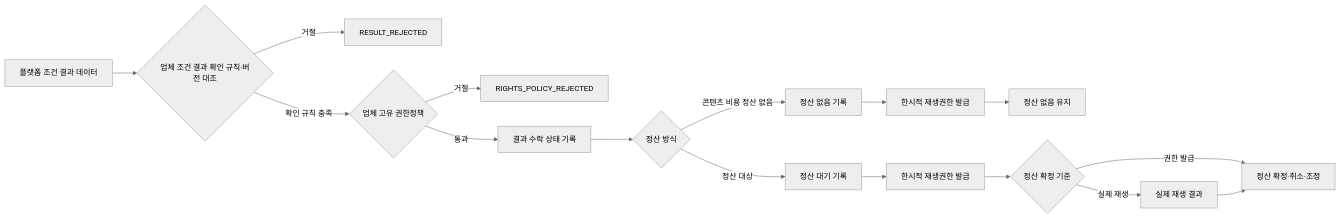
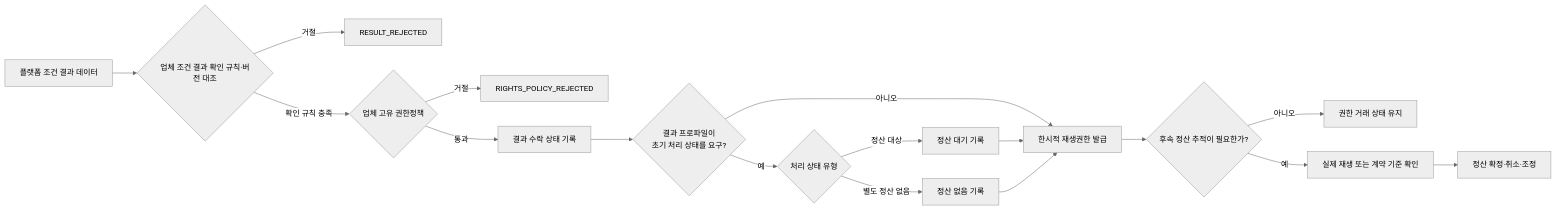
One commit to growdai1y/instant-play changed the seventh of 14 diagrams in instant_play_직무발명서_개선본.md. Above: the diagram before and after it, drawn with Mermaid (neutral theme). The commit also changed other lines of this file and 1 other file, not shown here.

````diff
--- a/instant_play_직무발명서_개선본.md
+++ b/instant_play_직무발명서_개선본.md
@@ -1065,18 +1236,19 @@
 ```mermaid
 flowchart LR
     A["플랫폼 조건 결과 데이터"] --> B{"업체 조건 결과 확인 규칙·버전 대조"}
     B -->|거절| C["RESULT_REJECTED"]
     B -->|확인 규칙 충족| D{"업체 고유 권한정책"}
     D -->|거절| E["RIGHTS_POLICY_REJECTED"]
     D -->|통과| F["결과 수락 상태 기록"]
-    F --> G{"정산 방식"}
-    G -->|정산 대상| H["정산 대기 기록"]
-    G -->|콘텐츠 비용 정산 없음| I["정산 없음 기록"]
-    H --> J["한시적 재생권한 발급"]
-    I --> N["한시적 재생권한 발급"]
-    N --> L["정산 없음 유지"]
-    J --> M{"정산 확정 기준"}
-    M -->|권한 발급| O["정산 확정·취소·조정"]
-    M -->|실제 재생| K["실제 재생 결과"]
-    K --> O
+    F --> G{"결과 프로파일이<br/>초기 처리 상태를 요구?"}
+    G -->|아니오| J["한시적 재생권한 발급"]
+    G -->|예| H{"처리 상태 유형"}
+    H -->|정산 대상| I["정산 대기 기록"]
+    H -->|별도 정산 없음| N["정산 없음 기록"]
+    I --> J
+    N --> J
+    J --> M{"후속 정산 추적이 필요한가?"}
+    M -->|아니오| L["권한 거래 상태 유지"]
+    M -->|예| K["실제 재생 또는 계약 기준 확인"]
+    K --> O["정산 확정·취소·조정"]
 ```
````
